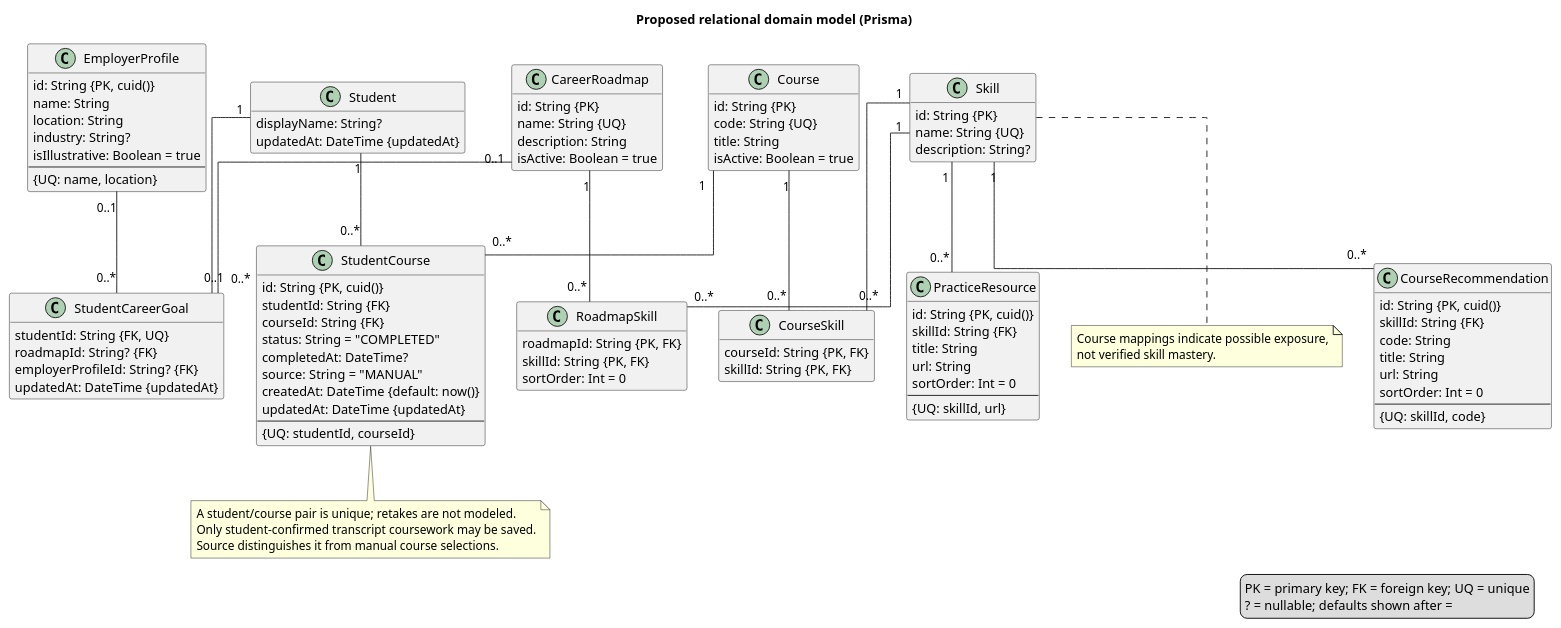
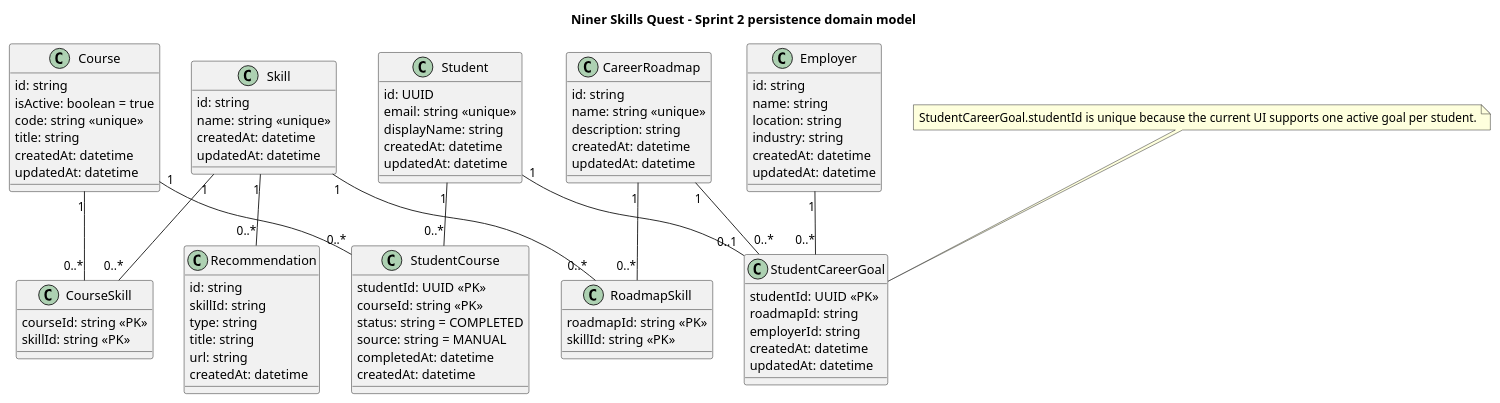
One commit to kgajula1-stack/NinerSkillsQuest changed the diagram in docs/uml/class-diagram.puml. Above: the diagram before and after it, drawn with PlantUML. The commit also changed 26 other files, not shown here.

First line of the commit message:
Migrate course persistence to PostgreSQL

```diff
--- a/docs/uml/class-diagram.puml
+++ b/docs/uml/class-diagram.puml
@@ -1,115 +1,94 @@
 @startuml
-title Proposed relational domain model (Prisma)
-hide methods
-skinparam classAttributeIconSize 0
-skinparam shadowing false
-skinparam linetype ortho
-
-legend right
-  PK = primary key; FK = foreign key; UQ = unique
-  ? = nullable; defaults shown after =
-endlegend
+title Niner Skills Quest - Sprint 2 persistence domain model
 
 class Student {
-  id: String {PK, cuid()}
-  displayName: String?
-  createdAt: DateTime {default: now()}
-  updatedAt: DateTime {updatedAt}
+  id: UUID
+  email: string <<unique>>
+  displayName: string
+  createdAt: datetime
+  updatedAt: datetime
 }
+
 class Course {
-  id: String {PK}
-  code: String {UQ}
-  title: String
-  isActive: Boolean = true
+  id: string
+  isActive: boolean = true
+  code: string <<unique>>
+  title: string
+  createdAt: datetime
+  updatedAt: datetime
 }
+
 class Skill {
-  id: String {PK}
-  name: String {UQ}
-  description: String?
+  id: string
+  name: string <<unique>>
+  createdAt: datetime
+  updatedAt: datetime
 }
+
 class CourseSkill {
-  courseId: String {PK, FK}
-  skillId: String {PK, FK}
+  courseId: string <<PK>>
+  skillId: string <<PK>>
 }
+
 class StudentCourse {
-  id: String {PK, cuid()}
-  studentId: String {FK}
-  courseId: String {FK}
-  status: String = "COMPLETED"
-  completedAt: DateTime?
-  source: String = "MANUAL"
-  createdAt: DateTime {default: now()}
-  updatedAt: DateTime {updatedAt}
-  --
-  {UQ: studentId, courseId}
+  studentId: UUID <<PK>>
+  courseId: string <<PK>>
+  status: string = COMPLETED
+  source: string = MANUAL
+  completedAt: datetime
+  createdAt: datetime
 }
+
 class CareerRoadmap {
-  id: String {PK}
-  name: String {UQ}
-  description: String
-  isActive: Boolean = true
+  id: string
+  name: string <<unique>>
+  description: string
+  createdAt: datetime
+  updatedAt: datetime
 }
+
 class RoadmapSkill {
-  roadmapId: String {PK, FK}
-  skillId: String {PK, FK}
-  sortOrder: Int = 0
+  roadmapId: string <<PK>>
+  skillId: string <<PK>>
 }
-class EmployerProfile {
-  id: String {PK, cuid()}
-  name: String
-  location: String
-  industry: String?
-  isIllustrative: Boolean = true
-  --
-  {UQ: name, location}
+
+class Employer {
+  id: string
+  name: string
+  location: string
+  industry: string
+  createdAt: datetime
+  updatedAt: datetime
 }
+
 class StudentCareerGoal {
-  id: String {PK, cuid()}
-  studentId: String {FK, UQ}
-  roadmapId: String? {FK}
-  employerProfileId: String? {FK}
-  createdAt: DateTime {default: now()}
-  updatedAt: DateTime {updatedAt}
+  studentId: UUID <<PK>>
+  roadmapId: string
+  employerId: string
+  createdAt: datetime
+  updatedAt: datetime
 }
-class CourseRecommendation {
-  id: String {PK, cuid()}
-  skillId: String {FK}
-  code: String
-  title: String
-  url: String
-  sortOrder: Int = 0
-  --
-  {UQ: skillId, code}
-}
-class PracticeResource {
-  id: String {PK, cuid()}
-  skillId: String {FK}
-  title: String
-  url: String
-  sortOrder: Int = 0
-  --
-  {UQ: skillId, url}
+
+class Recommendation {
+  id: string
+  skillId: string
+  type: string
+  title: string
+  url: string
+  createdAt: datetime
 }
 
 Student "1" -- "0..*" StudentCourse
 Course "1" -- "0..*" StudentCourse
 Course "1" -- "0..*" CourseSkill
 Skill "1" -- "0..*" CourseSkill
+Student "1" -- "0..1" StudentCareerGoal
+CareerRoadmap "1" -- "0..*" StudentCareerGoal
 CareerRoadmap "1" -- "0..*" RoadmapSkill
 Skill "1" -- "0..*" RoadmapSkill
-Student "1" -- "0..1" StudentCareerGoal
-CareerRoadmap "0..1" -- "0..*" StudentCareerGoal
-EmployerProfile "0..1" -- "0..*" StudentCareerGoal
-Skill "1" -- "0..*" CourseRecommendation
-Skill "1" -- "0..*" PracticeResource
+Employer "1" -- "0..*" StudentCareerGoal
+Skill "1" -- "0..*" Recommendation
 
-note bottom of StudentCourse
-  A student/course pair is unique; retakes are not modeled.
-  Only student-confirmed transcript coursework may be saved.
-  Source distinguishes it from manual course selections.
-end note
-note bottom of Skill
-  Course mappings indicate possible exposure,
-  not verified skill mastery.
-end note
+note "StudentCareerGoal.studentId is unique because the current UI supports one active goal per student." as N1
+N1 .. StudentCareerGoal
 @enduml
```
